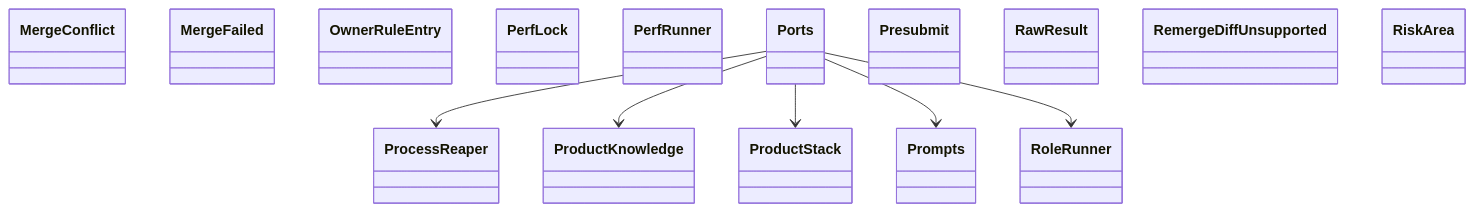
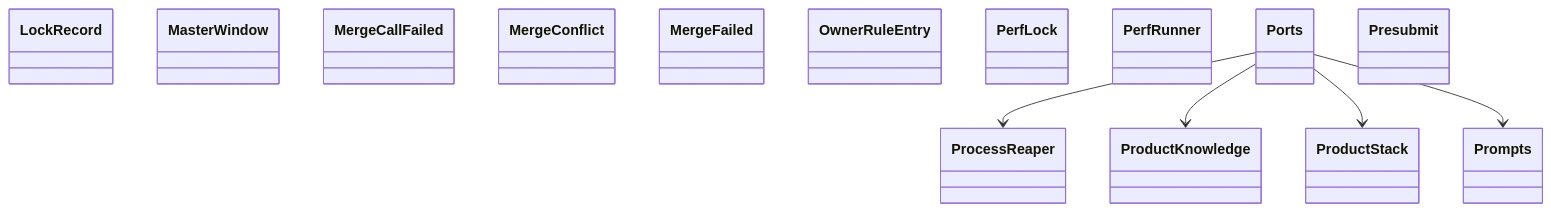
The diagram in docs/architecture/generated/classes-process-application-support-4.md (GonzaloZevallos/agentic-system), drawn with Mermaid before and after one commit. The commit also changed other lines of this file and 24 other files, not shown here.

````diff
--- a/docs/architecture/generated/classes-process-application-support-4.md
+++ b/docs/architecture/generated/classes-process-application-support-4.md
@@ -19,23 +20,21 @@
 ```mermaid
 classDiagram
+    class ports__LockRecord["LockRecord"]
+    class ports__MasterWindow["MasterWindow"]
+    class ports__MergeCallFailed["MergeCallFailed"]
     class ports__MergeConflict["MergeConflict"]
     class ports__MergeFailed["MergeFailed"]
     class ports__OwnerRuleEntry["OwnerRuleEntry"]
     class ports__PerfLock["PerfLock"]
     class ports__PerfRunner["PerfRunner"]
     class ports__Ports["Ports"]
     class ports__Presubmit["Presubmit"]
     class ports__ProcessReaper["ProcessReaper"]
     class ports__ProductKnowledge["ProductKnowledge"]
     class ports__ProductStack["ProductStack"]
     class ports__Prompts["Prompts"]
-    class ports__RawResult["RawResult"]
-    class ports__RemergeDiffUnsupported["RemergeDiffUnsupported"]
-    class ports__RiskArea["RiskArea"]
-    class ports__RoleRunner["RoleRunner"]
     ports__Ports --> ports__ProcessReaper
     ports__Ports --> ports__ProductKnowledge
     ports__Ports --> ports__ProductStack
     ports__Ports --> ports__Prompts
-    ports__Ports --> ports__RoleRunner
 ```
````
